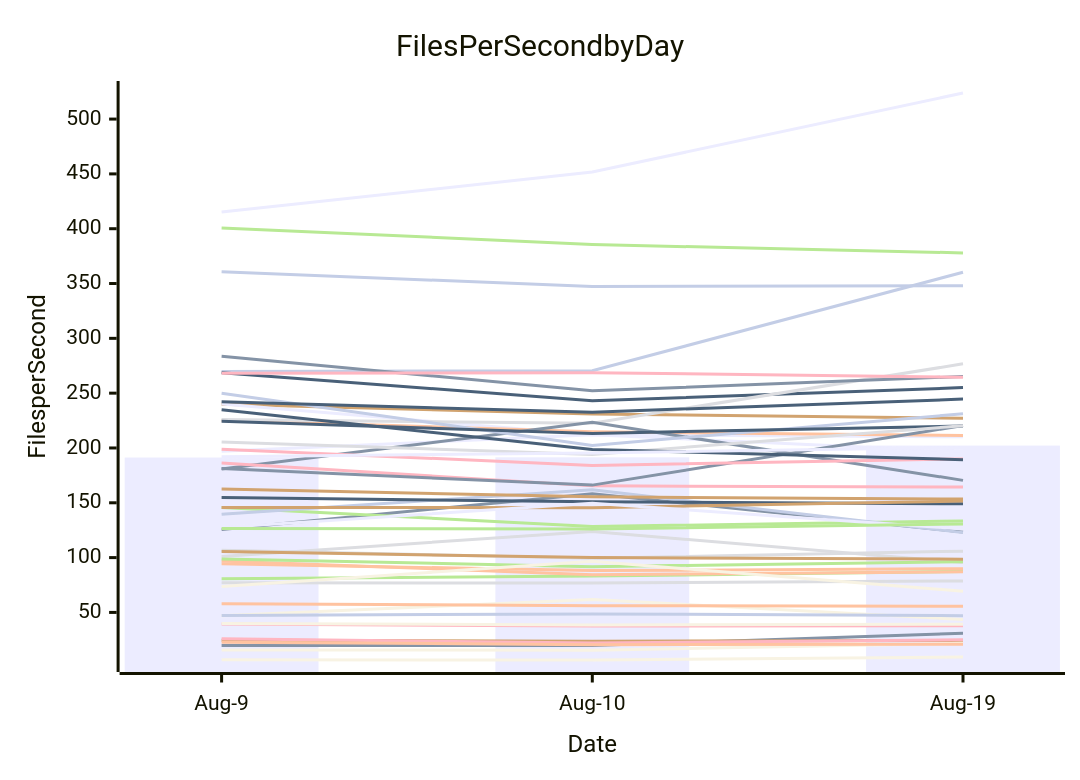
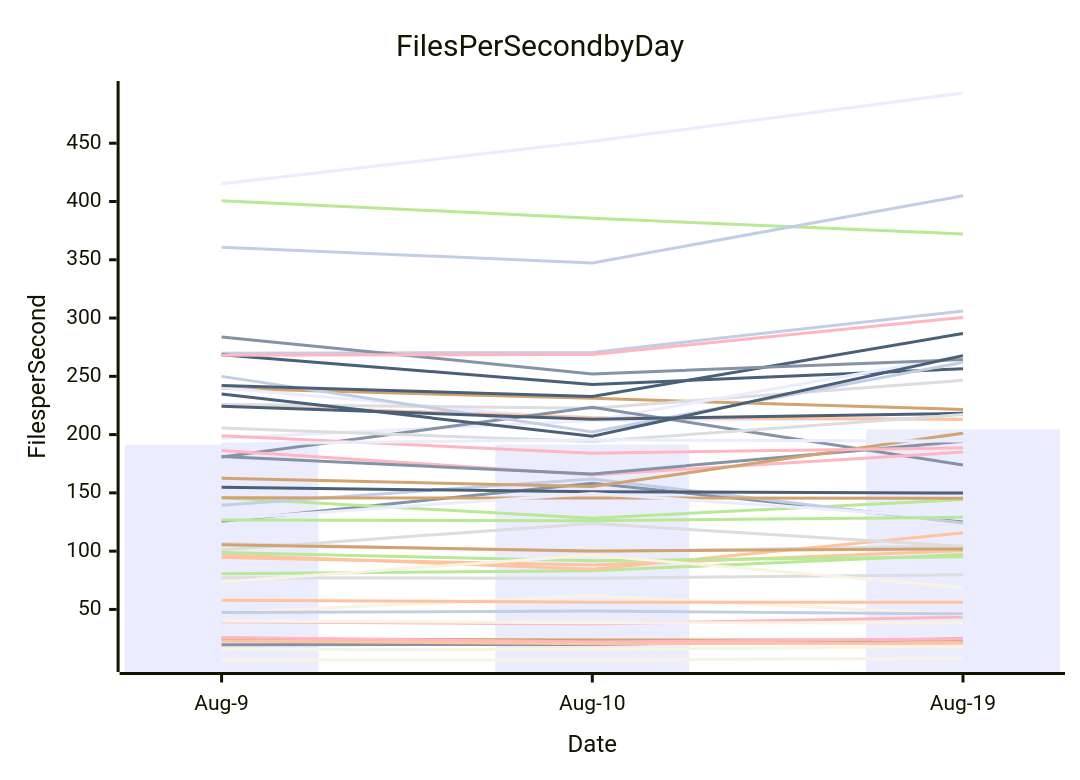
The diagram in perf-report.md (streetsidesoftware/cspell), drawn with Mermaid before and after one commit. The commit also changed other lines of this file and 2 other files, not shown here.

````diff
--- a/perf-report.md
+++ b/perf-report.md
@@ -11,57 +11,57 @@
 ```mermaid
 xychart-beta
     title Files Per Second by Day
     y-axis Files per Second
     x-axis Date [Aug-9, Aug-10, Aug-19]
-    bar [191.27, 191.48, 202.17]
-    line [19.76, 19.87, 30.93]
-    line [94.45, 88.13, 89.83]
-    line [106.66, 99.38, 105.91]
-    line [80.61, 83.15, 87.40]
-    line [239.79, 231.09, 227.14]
-    line [269.81, 270.47, 360.24]
-    line [39.52, 37.52, 37.92]
-    line [268.54, 243.09, 255.05]
-    line [6.78, 6.60, 9.24]
-    line [240.17, 211.99, 210.14]
-    line [125.68, 158.27, 123.28]
-    line [225.24, 214.74, 211.44]
-    line [225.91, 222.58, 276.73]
-    line [145.75, 128.32, 133.46]
-    line [24.65, 23.72, 24.39]
-    line [139.45, 161.93, 122.79]
-    line [25.95, 22.03, 24.99]
-    line [154.75, 150.93, 149.10]
-    line [15.80, 15.53, 21.79]
-    line [196.97, 211.99, 196.83]
-    line [180.75, 223.35, 170.46]
-    line [96.93, 84.41, 87.10]
-    line [77.16, 76.75, 78.74]
-    line [400.74, 385.62, 377.93]
-    line [145.79, 145.58, 151.63]
-    line [249.96, 202.34, 231.21]
-    line [186.27, 165.43, 164.33]
-    line [224.37, 213.27, 220.07]
-    line [47.00, 61.84, 43.58]
-    line [127.47, 149.55, 126.13]
-    line [181.18, 166.12, 220.45]
-    line [57.90, 56.15, 55.63]
-    line [101.07, 123.80, 95.52]
-    line [98.84, 91.76, 96.31]
-    line [162.48, 155.40, 153.35]
-    line [360.76, 347.31, 348.02]
-    line [198.91, 184.05, 190.03]
-    line [242.10, 232.62, 244.56]
-    line [73.60, 96.61, 69.36]
-    line [415.14, 451.69, 523.79]
-    line [283.77, 252.09, 265.24]
+    bar [191.27, 191.48, 204.45]
+    line [19.76, 19.87, 24.78]
+    line [94.45, 88.13, 100.40]
+    line [106.66, 99.38, 104.52]
+    line [80.61, 83.15, 97.15]
+    line [239.79, 231.09, 221.57]
+    line [269.81, 270.47, 306.05]
+    line [39.52, 37.52, 43.48]
+    line [268.54, 243.09, 256.41]
+    line [6.78, 6.60, 8.19]
+    line [240.17, 211.99, 213.85]
+    line [125.68, 158.27, 125.09]
+    line [225.24, 214.74, 213.06]
+    line [225.91, 222.58, 246.55]
+    line [145.75, 128.32, 144.27]
+    line [24.65, 23.72, 23.86]
+    line [139.45, 161.93, 124.06]
+    line [25.95, 22.03, 24.88]
+    line [154.75, 150.93, 149.92]
+    line [15.80, 15.53, 18.04]
+    line [196.97, 211.99, 267.68]
+    line [180.75, 223.35, 173.93]
+    line [96.93, 84.41, 115.72]
+    line [77.16, 76.75, 79.80]
+    line [400.74, 385.62, 372.08]
+    line [145.79, 145.58, 145.29]
+    line [249.96, 202.34, 261.96]
+    line [186.27, 165.43, 184.98]
+    line [224.37, 213.27, 218.26]
+    line [47.00, 61.84, 45.42]
+    line [127.47, 149.55, 128.08]
+    line [181.18, 166.12, 194.34]
+    line [57.90, 56.15, 56.22]
+    line [101.07, 123.80, 104.09]
+    line [98.84, 91.76, 95.12]
+    line [162.48, 155.40, 201.24]
+    line [360.76, 347.31, 404.89]
+    line [198.91, 184.05, 188.64]
+    line [242.10, 232.62, 286.76]
+    line [73.60, 96.61, 68.77]
+    line [415.14, 451.69, 493.10]
+    line [283.77, 252.09, 264.33]
     line [22.84, 20.59, 21.08]
-    line [205.56, 193.98, 220.30]
-    line [126.64, 126.17, 130.66]
-    line [105.46, 100.11, 98.55]
-    line [47.26, 48.66, 46.99]
-    line [268.09, 268.70, 264.40]
-    line [234.76, 198.61, 189.31]
-    line [39.98, 38.63, 39.17]
-    line [192.03, 195.48, 200.49]
+    line [205.56, 193.98, 217.22]
+    line [126.64, 126.17, 129.06]
+    line [105.46, 100.11, 101.89]
+    line [47.26, 48.66, 46.23]
+    line [268.09, 268.70, 300.56]
+    line [234.76, 198.61, 267.74]
+    line [39.98, 38.63, 38.36]
+    line [192.03, 195.48, 194.42]
 ```
````
